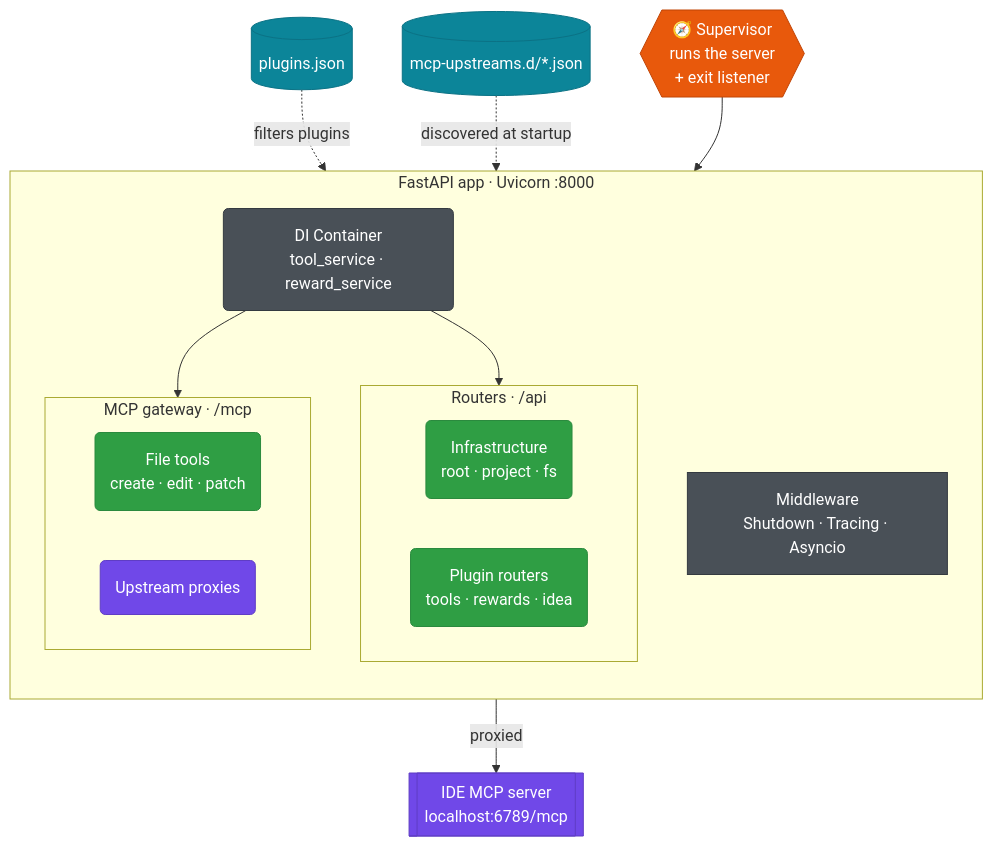
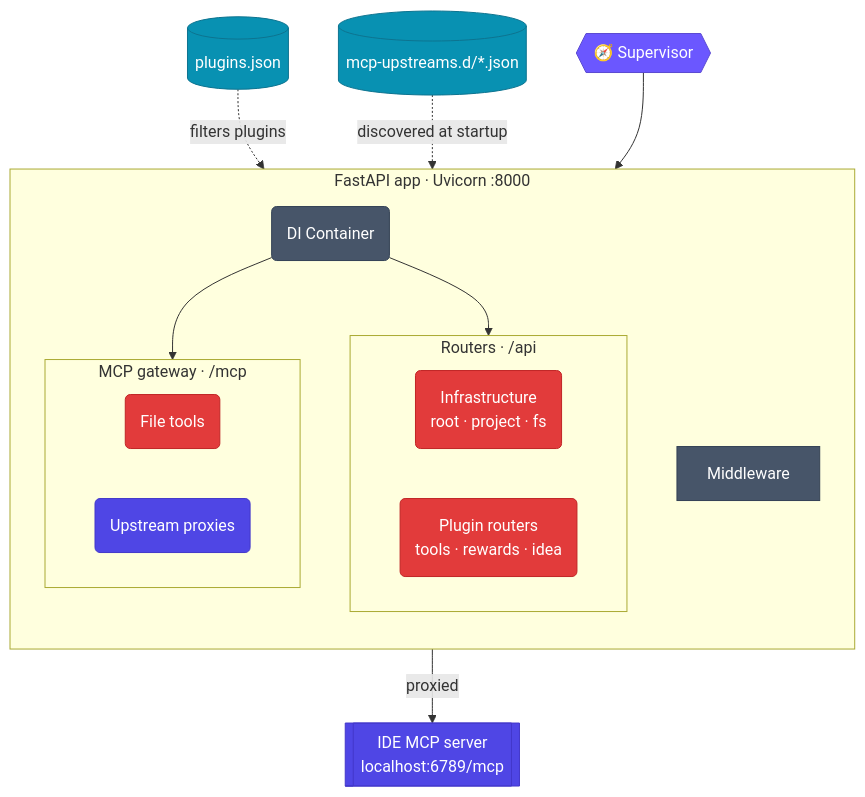
Before and after one commit to JetBrains-Research/idegym: the diagram in website/docs/architecture/server.md, drawn with Mermaid. The commit also changed 9 other files, not shown here.

First line of the commit message:
[JBRes-9938] recolor diagrams to brand palette + tighten & un-stretch

````diff
--- a/website/docs/architecture/server.md
+++ b/website/docs/architecture/server.md
@@ -14,44 +14,44 @@
 ```mermaid
 flowchart TB
-    sup{{"🧭 Supervisor<br/>runs the server<br/>+ exit listener"}}:::ctrl
+    sup{{"🧭 Supervisor"}}:::ctrl
 
     subgraph app["FastAPI app · Uvicorn :8000"]
         direction TB
-        mw["Middleware<br/>Shutdown · Tracing · Asyncio"]:::infra
-        di("DI Container<br/>tool_service · reward_service"):::infra
+        mw["Middleware"]:::infra
+        di("DI Container"):::infra
         subgraph routers["Routers · /api"]
             direction LR
             rinfra("Infrastructure<br/>root · project · fs"):::tool
             plug("Plugin routers<br/>tools · rewards · idea"):::tool
         end
         subgraph mcp["MCP gateway · /mcp"]
             direction LR
-            ftools("File tools<br/>create · edit · patch"):::tool
+            ftools("File tools"):::tool
             proxy("Upstream proxies"):::pod
         end
     end
 
     upstreams[("mcp-upstreams.d/*.json")]:::store
     pjson[("plugins.json")]:::store
     ide[["IDE MCP server<br/>localhost:6789/mcp"]]:::pod
 
     sup --> app
     pjson -.->|"filters plugins"| plug
     di --> plug
     di --> ftools
     upstreams -.->|"discovered at startup"| proxy
     proxy -->|"proxied"| ide
 
     click sup "https://github.com/JetBrains-Research/idegym/blob/main/supervisord.conf" "supervisord.conf"
     click rinfra "https://github.com/JetBrains-Research/idegym/blob/main/server/main.py" "server/main.py — app assembly"
     click plug "https://github.com/JetBrains-Research/idegym/blob/main/plugins/defaults/src/idegym/plugins/defaults/server.py" "default server plugins"
     click ftools "https://github.com/JetBrains-Research/idegym/blob/main/server/mcp_proxy.py" "MCP gateway source"
     click proxy "https://github.com/JetBrains-Research/idegym/blob/main/server/mcp_proxy.py" "MCP gateway source"
     click di "https://github.com/JetBrains-Research/idegym/blob/main/server/dependencies.py" "DI container source"
 
-    classDef ctrl fill:#e8590c,stroke:#c04405,color:#fff;
-    classDef infra fill:#495057,stroke:#343a40,color:#fff;
-    classDef tool fill:#2f9e44,stroke:#2b8a3e,color:#fff;
-    classDef pod fill:#7048e8,stroke:#5f3dc4,color:#fff;
-    classDef store fill:#0c8599,stroke:#0b7285,color:#fff;
+    classDef ctrl fill:#6b57ff,stroke:#5b4bd2,color:#fff;
+    classDef infra fill:#475569,stroke:#334155,color:#fff;
+    classDef tool fill:#e23b3b,stroke:#c02626,color:#fff;
+    classDef pod fill:#4f46e5,stroke:#4338ca,color:#fff;
+    classDef store fill:#0891b2,stroke:#0e7490,color:#fff;
 ```
````
